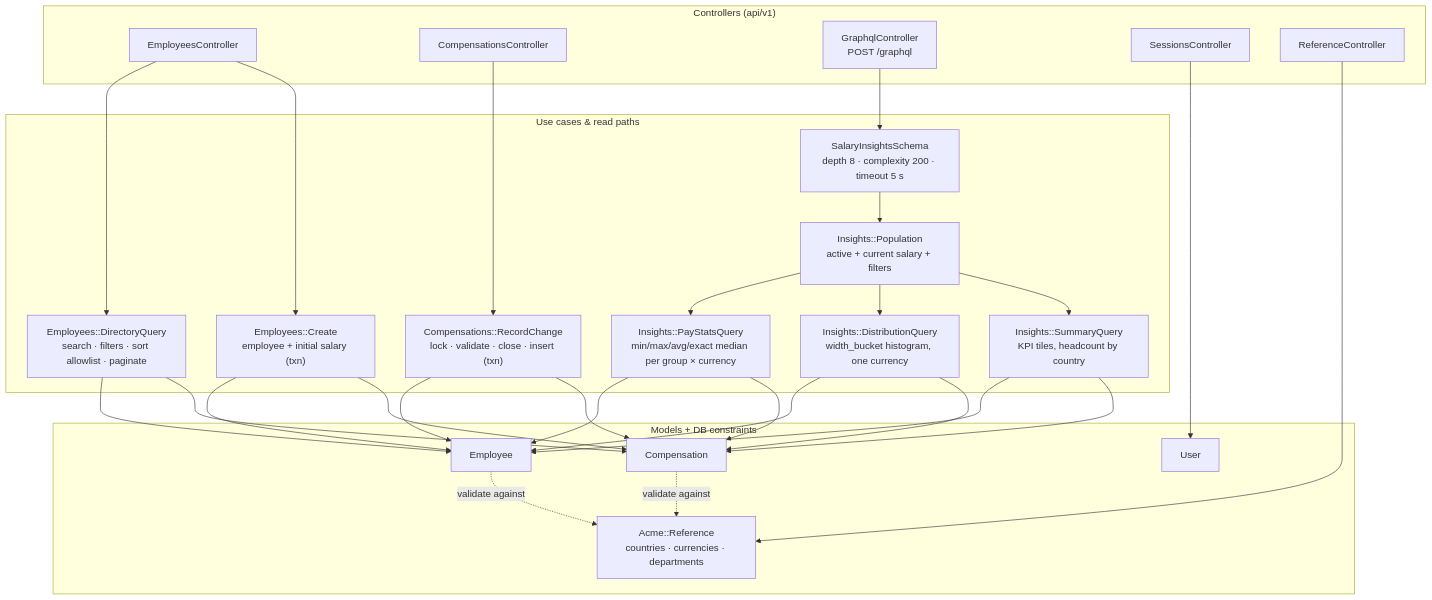
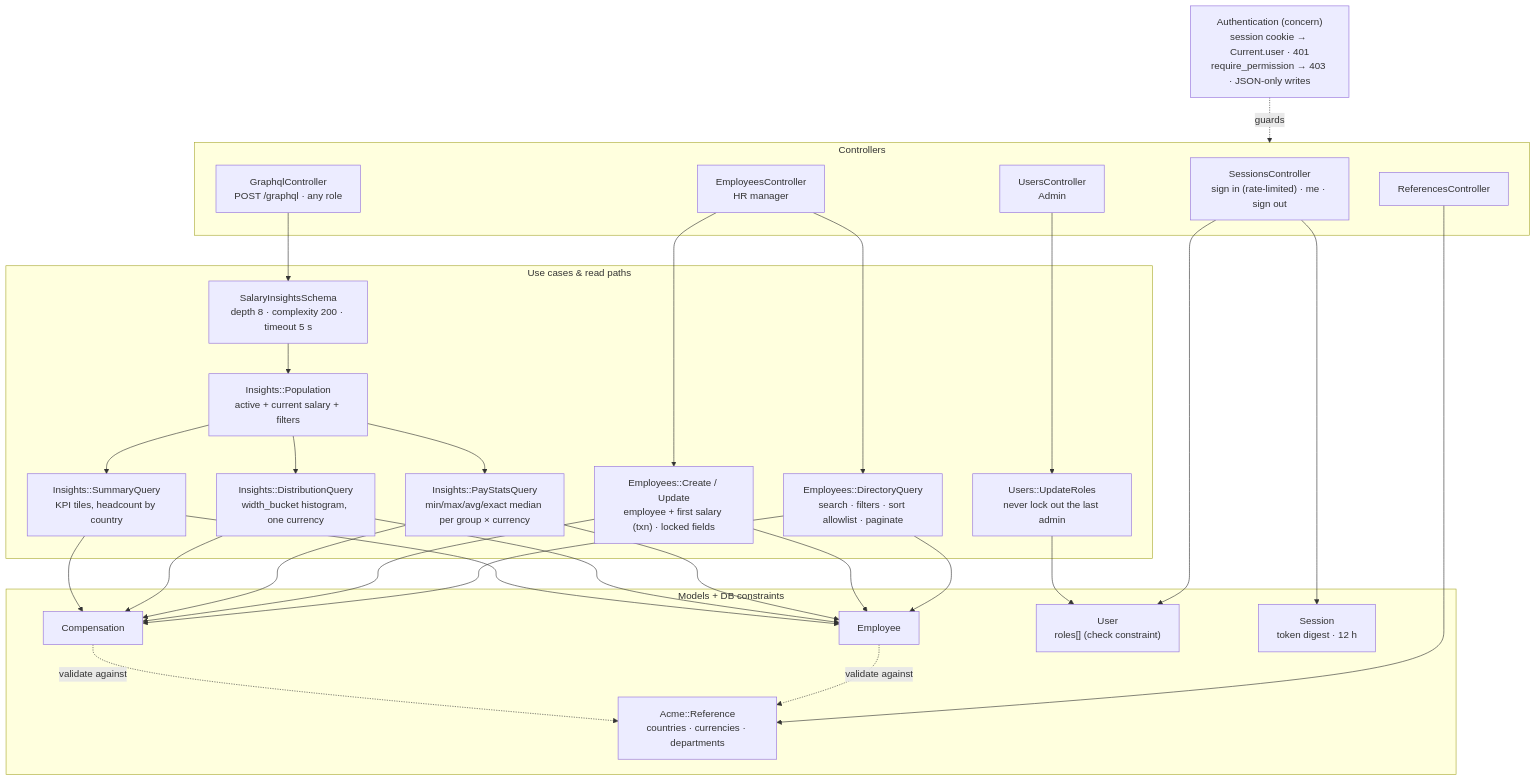
Before and after one commit to sravan44/salary-dashboard: the third of 9 diagrams in docs/architecture-diagrams.md, drawn with Mermaid. The commit also changed other lines of this file and 67 other files, not shown here.

First line of the commit message:
M7: sign-in and roles (viewer, HR manager, admin)

````diff
--- a/docs/architecture-diagrams.md
+++ b/docs/architecture-diagrams.md
@@ -42,34 +42,37 @@
 ```mermaid
 flowchart TB
-  subgraph Controllers["Controllers (api/v1)"]
-    EC[EmployeesController]
-    CC[CompensationsController]
-    GC["GraphqlController<br/>POST /graphql"]
-    SC[SessionsController]
-    RC[ReferenceController]
+  AUTH["Authentication (concern)<br/>session cookie → Current.user · 401<br/>require_permission → 403 · JSON-only writes"]
+  subgraph Controllers["Controllers"]
+    SC["SessionsController<br/>sign in (rate-limited) · me · sign out"]
+    EC["EmployeesController<br/>HR manager"]
+    UC["UsersController<br/>Admin"]
+    GC["GraphqlController<br/>POST /graphql · any role"]
+    RC[ReferencesController]
   end
   subgraph Domain["Use cases & read paths"]
     DQ["Employees::DirectoryQuery<br/>search · filters · sort allowlist · paginate"]
-    CE["Employees::Create<br/>employee + initial salary (txn)"]
-    RCH["Compensations::RecordChange<br/>lock · validate · close · insert (txn)"]
+    CE["Employees::Create / Update<br/>employee + first salary (txn) · locked fields"]
+    UR["Users::UpdateRoles<br/>never lock out the last admin"]
     GQL["SalaryInsightsSchema<br/>depth 8 · complexity 200 · timeout 5 s"]
     POP["Insights::Population<br/>active + current salary + filters"]
     PSQ["Insights::PayStatsQuery<br/>min/max/avg/exact median per group × currency"]
     DSQ["Insights::DistributionQuery<br/>width_bucket histogram, one currency"]
     SUQ["Insights::SummaryQuery<br/>KPI tiles, headcount by country"]
   end
   subgraph Models["Models + DB constraints"]
     EM[Employee]
     CM[Compensation]
-    UM[User]
+    UM["User<br/>roles[] (check constraint)"]
+    SM["Session<br/>token digest · 12 h"]
     REF["Acme::Reference<br/>countries · currencies · departments"]
   end
+  AUTH -. guards .-> Controllers
+  SC --> UM & SM
   EC --> DQ & CE
-  CC --> RCH
+  UC --> UR --> UM
   GC --> GQL --> POP
   POP --> PSQ & DSQ & SUQ
-  SC --> UM
   RC --> REF
-  DQ & CE & RCH & PSQ & DSQ & SUQ --> EM & CM
+  DQ & CE & PSQ & DSQ & SUQ --> EM & CM
   EM & CM -. validate against .-> REF
 ```
````
